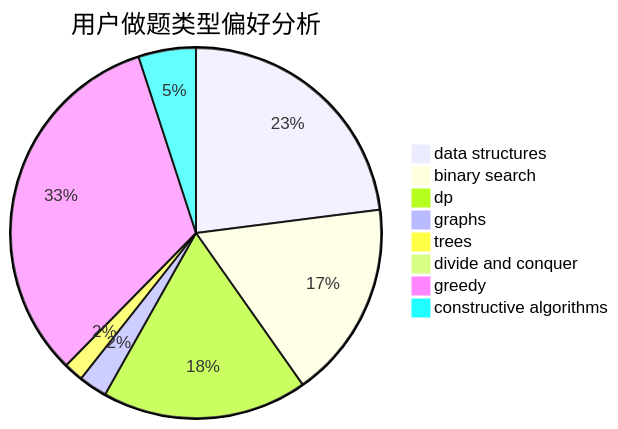
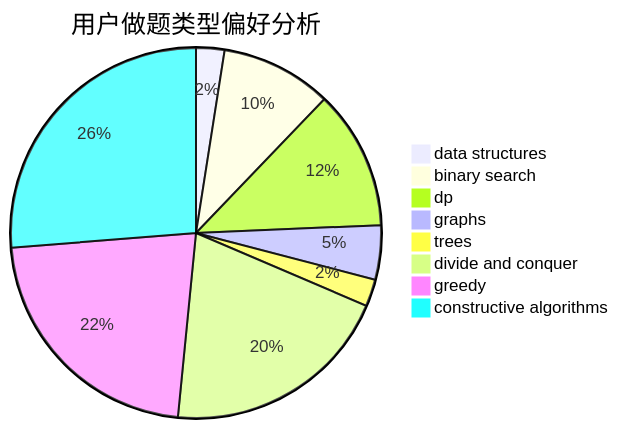
The second of 3 diagrams in docs/user/u1042.md (sherpahu/cfrs.github.io), drawn with Mermaid before and after one commit. The commit also changed other lines of this file and 2770 other files, not shown here.

````diff
--- a/docs/user/u1042.md
+++ b/docs/user/u1042.md
@@ -23,11 +23,11 @@
 ```mermaid
 pie title 用户做题类型偏好分析
-    "data structures" :  417
-    "binary search" :  313
-    "dp" :  325
-    "graphs" :  45
-    "trees" :  31
-    "divide and conquer" :  0
-    "greedy" :  592
-    "constructive algorithms" :  91
+    "data structures" :  23
+    "binary search" :  90
+    "dp" :  113
+    "graphs" :  44
+    "trees" :  22
+    "divide and conquer" :  187
+    "greedy" :  206
+    "constructive algorithms" :  244
 ```
````
